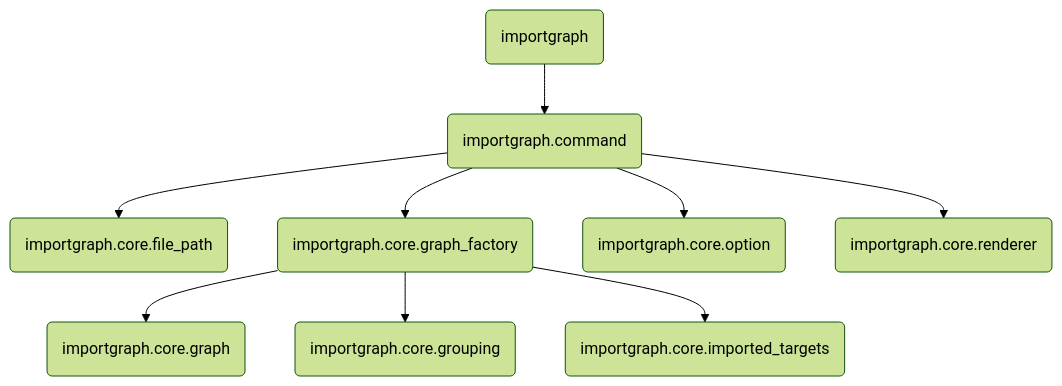
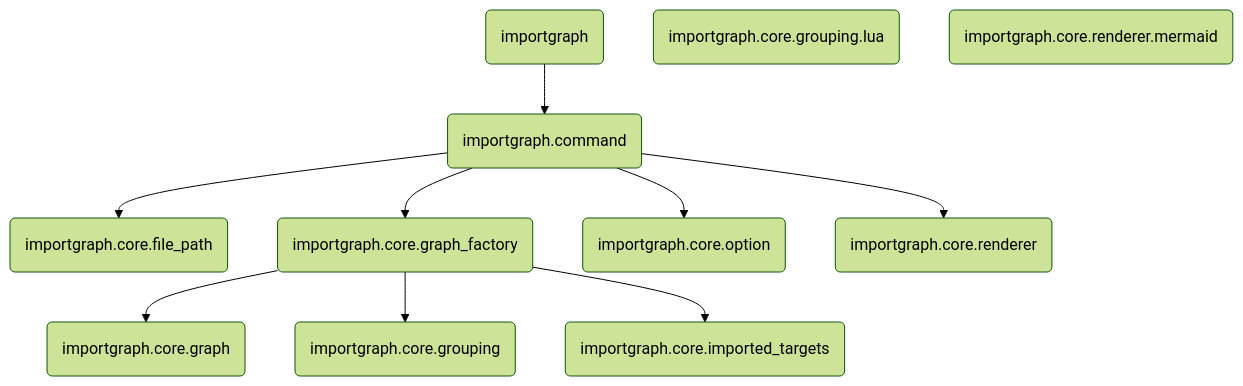
The diagram in README.md (notomo/importgraph.nvim), drawn with Mermaid (forest theme) before and after one commit. The commit also changed other lines of this file and 4 other files, not shown here.

````diff
--- a/README.md
+++ b/README.md
@@ -23,11 +23,19 @@
 ```mermaid
 graph TB
   1(importgraph) --> 2(importgraph.command)
   2(importgraph.command) --> 3(importgraph.core.file_path)
   2(importgraph.command) --> 4(importgraph.core.graph_factory)
   2(importgraph.command) --> 5(importgraph.core.option)
   2(importgraph.command) --> 6(importgraph.core.renderer)
+  3(importgraph.core.file_path)
+  7(importgraph.core.graph)
   4(importgraph.core.graph_factory) --> 7(importgraph.core.graph)
   4(importgraph.core.graph_factory) --> 8(importgraph.core.grouping)
   4(importgraph.core.graph_factory) --> 9(importgraph.core.imported_targets)
+  8(importgraph.core.grouping)
+  10(importgraph.core.grouping.lua)
+  9(importgraph.core.imported_targets)
+  5(importgraph.core.option)
+  6(importgraph.core.renderer)
+  11(importgraph.core.renderer.mermaid)
 ```
````
